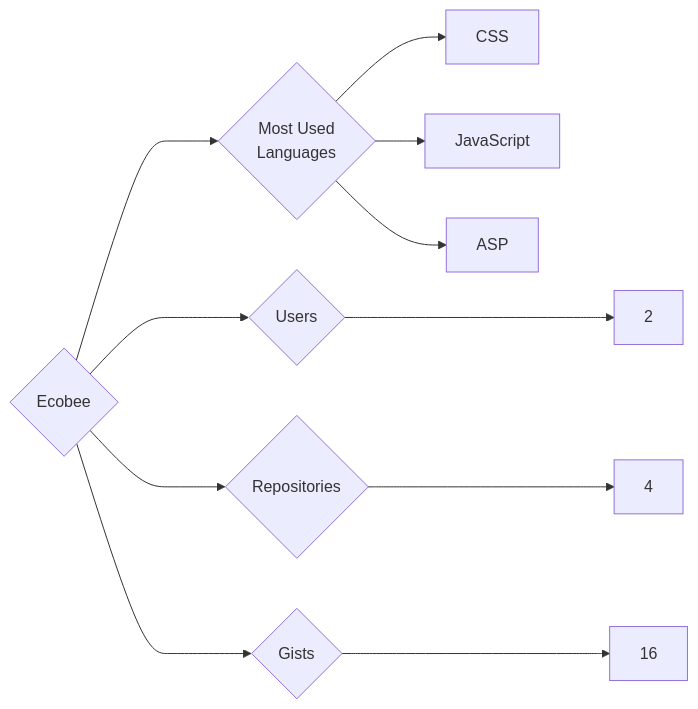
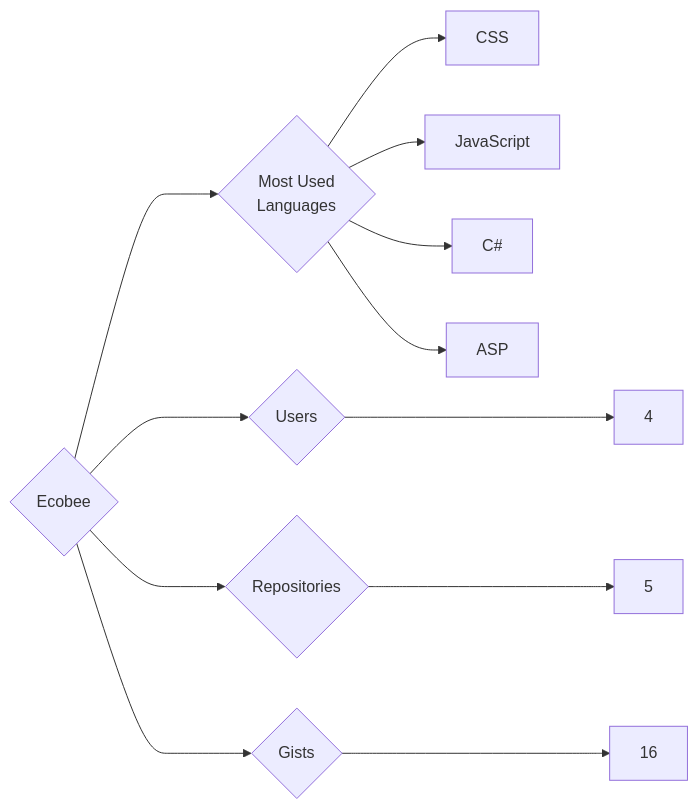
Before and after one commit to trickest/insiders: the diagram in targets/Ecobee/README.md, drawn with Mermaid. The commit also changed 873 other files, not shown here.

````diff
--- a/targets/Ecobee/README.md
+++ b/targets/Ecobee/README.md
@@ -3,11 +3,12 @@
 ```mermaid
 graph LR
 COMPANY_NAME{Ecobee}
-COMPANY_NAME ---> U{Users} ---> UN[2]
-COMPANY_NAME ---> R{Repositories} ---> RN[4]
+COMPANY_NAME ---> U{Users} ---> UN[4]
+COMPANY_NAME ---> R{Repositories} ---> RN[5]
 COMPANY_NAME ---> G{Gists} ---> GN[16]
 COMPANY_NAME ---> ML{Most Used<br>Languages}
 ML --> CSS[CSS]
 ML --> JavaScript[JavaScript]
+ML --> C#[C#]
 ML --> ASP[ASP]
 ```
````
